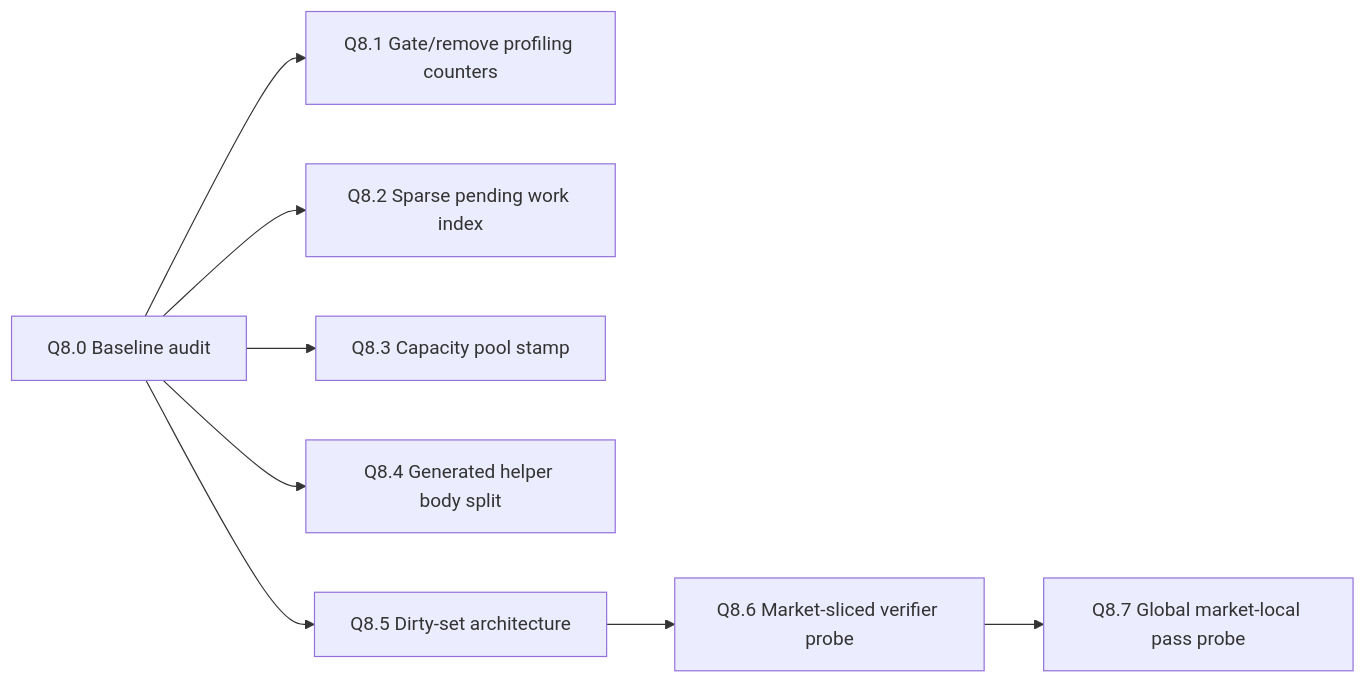
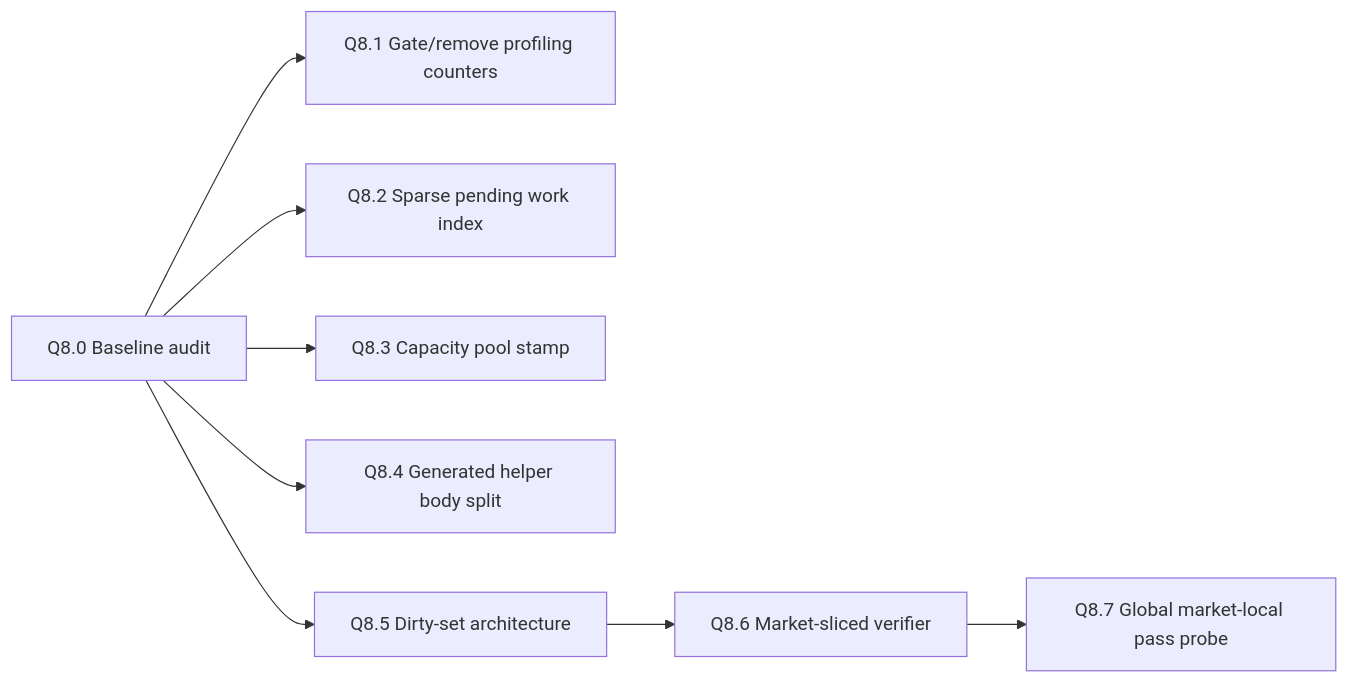
The diagram in docs/audits/q8/Q8_IMPLEMENTATION_BACKLOG.md (eu5mod/eu5-no-void-economy), drawn with Mermaid before and after one commit. The commit also changed other lines of this file, not shown here.

````diff
--- a/docs/audits/q8/Q8_IMPLEMENTATION_BACKLOG.md
+++ b/docs/audits/q8/Q8_IMPLEMENTATION_BACKLOG.md
@@ -7,10 +7,10 @@
 ```mermaid
 flowchart LR
     A[Q8.0 Baseline audit] --> B[Q8.1 Gate/remove profiling counters]
     A --> C[Q8.2 Sparse pending work index]
     A --> D[Q8.3 Capacity pool stamp]
     A --> E[Q8.4 Generated helper body split]
     A --> F[Q8.5 Dirty-set architecture]
-    F --> G[Q8.6 Market-sliced verifier probe]
+    F --> G[Q8.6 Market-sliced verifier]
     G --> H[Q8.7 Global market-local pass probe]
 ```
````
